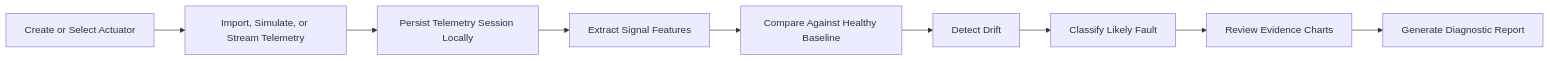
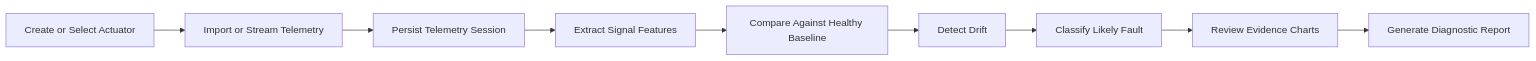
Before and after one commit to MaheshChandraTeja/RASentinel: the first of 3 diagrams in README.md, drawn with Mermaid. The commit also changed other lines of this file, not shown here.

````diff
--- a/README.md
+++ b/README.md
@@ -258,11 +256,11 @@
 ```mermaid
 flowchart LR
-    A[Create or Select Actuator] --> B[Import, Simulate, or Stream Telemetry]
-    B --> C[Persist Telemetry Session Locally]
+    A[Create or Select Actuator] --> B[Import or Stream Telemetry]
+    B --> C[Persist Telemetry Session]
     C --> D[Extract Signal Features]
     D --> E[Compare Against Healthy Baseline]
     E --> F[Detect Drift]
     F --> G[Classify Likely Fault]
     G --> H[Review Evidence Charts]
     H --> I[Generate Diagnostic Report]
 ```
````
